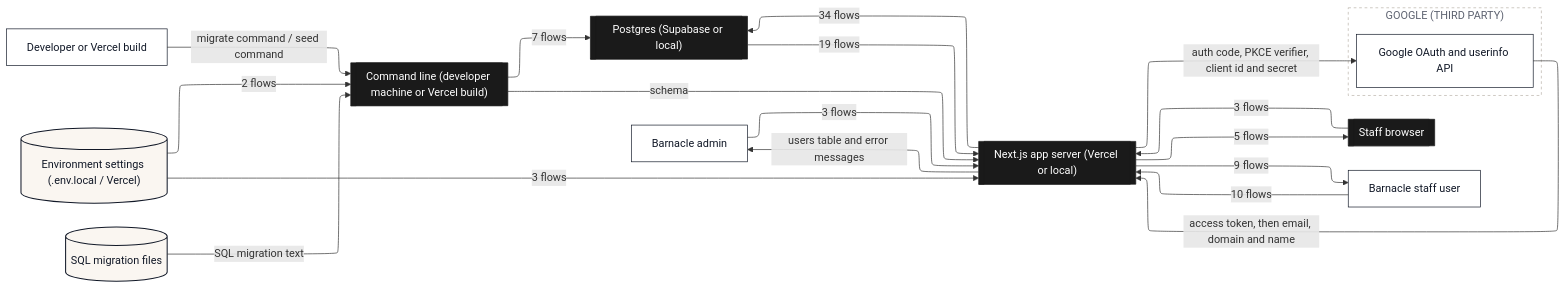
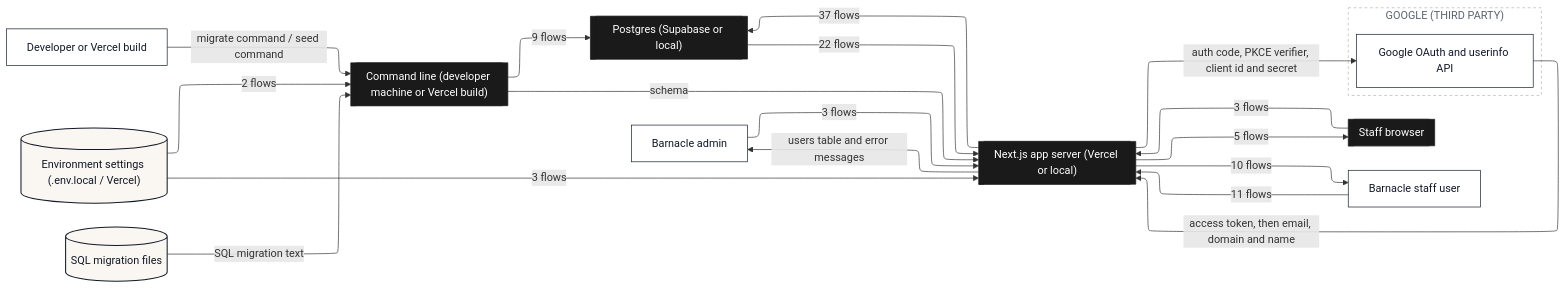
The second of 10 diagrams in dataflow/DATAFLOW.md (Romain-Perche/Barnacle-Pipe), drawn with Mermaid before and after one commit. The commit also changed other lines of this file and 12 other files, not shown here.

````diff
--- a/dataflow/DATAFLOW.md
+++ b/dataflow/DATAFLOW.md
@@ -93,45 +94,45 @@
 ```mermaid
 ---
 config:
   layout: elk
 ---
 flowchart LR
     n1[["Next.js app server (Vercel or local)"]]
     n2[["Staff browser"]]
     n3[["Command line (developer machine or Vercel build)"]]
     n4[["Postgres (Supabase or local)"]]
     n5["Barnacle admin"]
     n6["Developer or Vercel build"]
     n7[("Environment settings (.env.local / Vercel)")]
     n8[("SQL migration files")]
     n9["Barnacle staff user"]
     subgraph z1["GOOGLE (THIRD PARTY)"]
         n10["Google OAuth and userinfo API"]
     end
+    n1 -->|"37 flows"| n4
+    n1 -->|"10 flows"| n9
+    n4 -->|"22 flows"| n1
     n5 -->|"3 flows"| n1
-    n1 -->|"9 flows"| n9
     n2 -->|"3 flows"| n1
-    n1 -->|"34 flows"| n4
-    n4 -->|"19 flows"| n1
     n6 -->|"migrate command / seed command"| n3
     n7 -->|"3 flows"| n1
     n7 -->|"2 flows"| n3
     n1 -->|"5 flows"| n2
     n1 -->|"auth code, PKCE verifier, client id and secret"| n10
     n10 -->|"access token, then email, domain and name"| n1
-    n3 -->|"7 flows"| n4
+    n3 -->|"9 flows"| n4
     n3 -->|"schema"| n1
     n8 -->|"SQL migration text"| n3
-    n9 -->|"10 flows"| n1
+    n9 -->|"11 flows"| n1
     n1 -->|"users table and error messages"| n5
     classDef actor fill:#FFFFFF,stroke:#111827,stroke-width:1px,color:#111827
     classDef process fill:#EDEAFF,stroke:#2B00FF,stroke-width:1.5px,color:#111827
     classDef store fill:#FAF6F1,stroke:#111827,stroke-width:1.5px,color:#111827
     classDef zone fill:#1A1A1A,stroke:#1A1A1A,color:#FFFFFF
     classDef group fill:#2B00FF,stroke:#2B00FF,color:#FFFFFF
     classDef stub fill:#FFFFFF,stroke:#2B00FF,stroke-width:1.5px,stroke-dasharray:5 4,color:#2B00FF
     class n5,n6,n9,n10 actor
     class n7,n8 store
     class n1,n2,n3,n4 zone
     style z1 fill:#FFFFFF,stroke:#B9B2A8,stroke-dasharray:4 4,color:#5D6270
 ```
````
